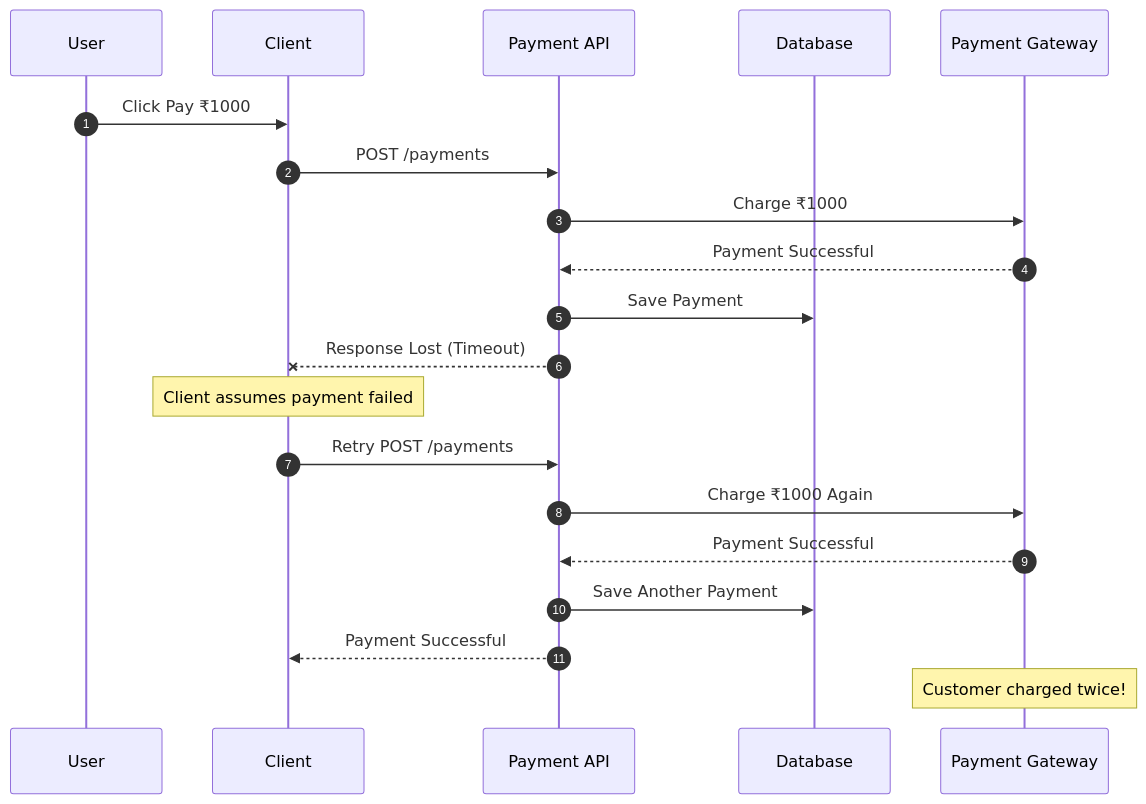
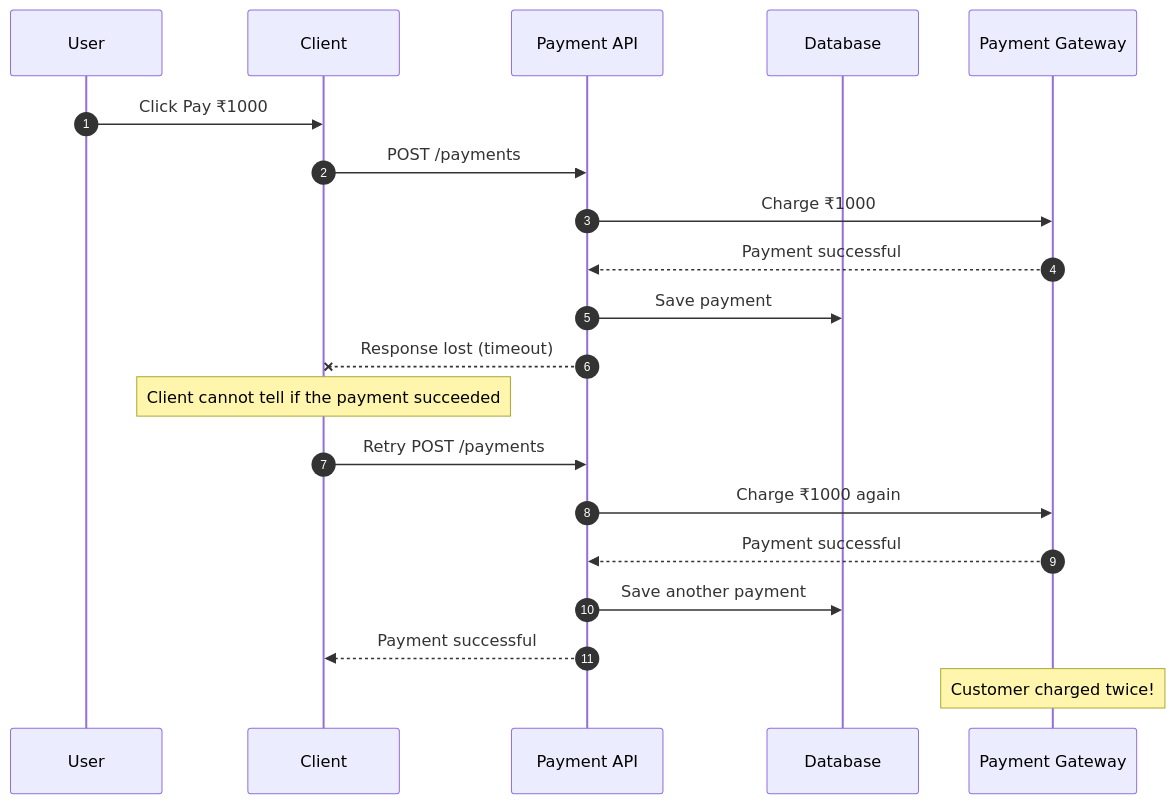
The first of 7 diagrams in src/data/topics/api-integration/resilience/idempotency/content.md (Yash-777/CodeTrove), drawn with Mermaid before and after one commit. The commit also changed other lines of this file and 1 other file, not shown here.

````diff
--- a/src/data/topics/api-integration/resilience/idempotency/content.md
+++ b/src/data/topics/api-integration/resilience/idempotency/content.md
@@ -65,26 +54,26 @@
 ```mermaid
 sequenceDiagram
     autonumber
     participant U as User
     participant C as Client
     participant API as Payment API
     participant DB as Database
     participant PG as Payment Gateway
 
     U->>C: Click Pay ₹1000
     C->>API: POST /payments
     API->>PG: Charge ₹1000
-    PG-->>API: Payment Successful
-    API->>DB: Save Payment
-    API--xC: Response Lost (Timeout)
+    PG-->>API: Payment successful
+    API->>DB: Save payment
+    API--xC: Response lost (timeout)
 
-    Note over C: Client assumes payment failed
+    Note over C: Client cannot tell if the payment succeeded
 
     C->>API: Retry POST /payments
-    API->>PG: Charge ₹1000 Again
-    PG-->>API: Payment Successful
-    API->>DB: Save Another Payment
-    API-->>C: Payment Successful
+    API->>PG: Charge ₹1000 again
+    PG-->>API: Payment successful
+    API->>DB: Save another payment
+    API-->>C: Payment successful
 
     Note over PG: Customer charged twice!
 ```
````
